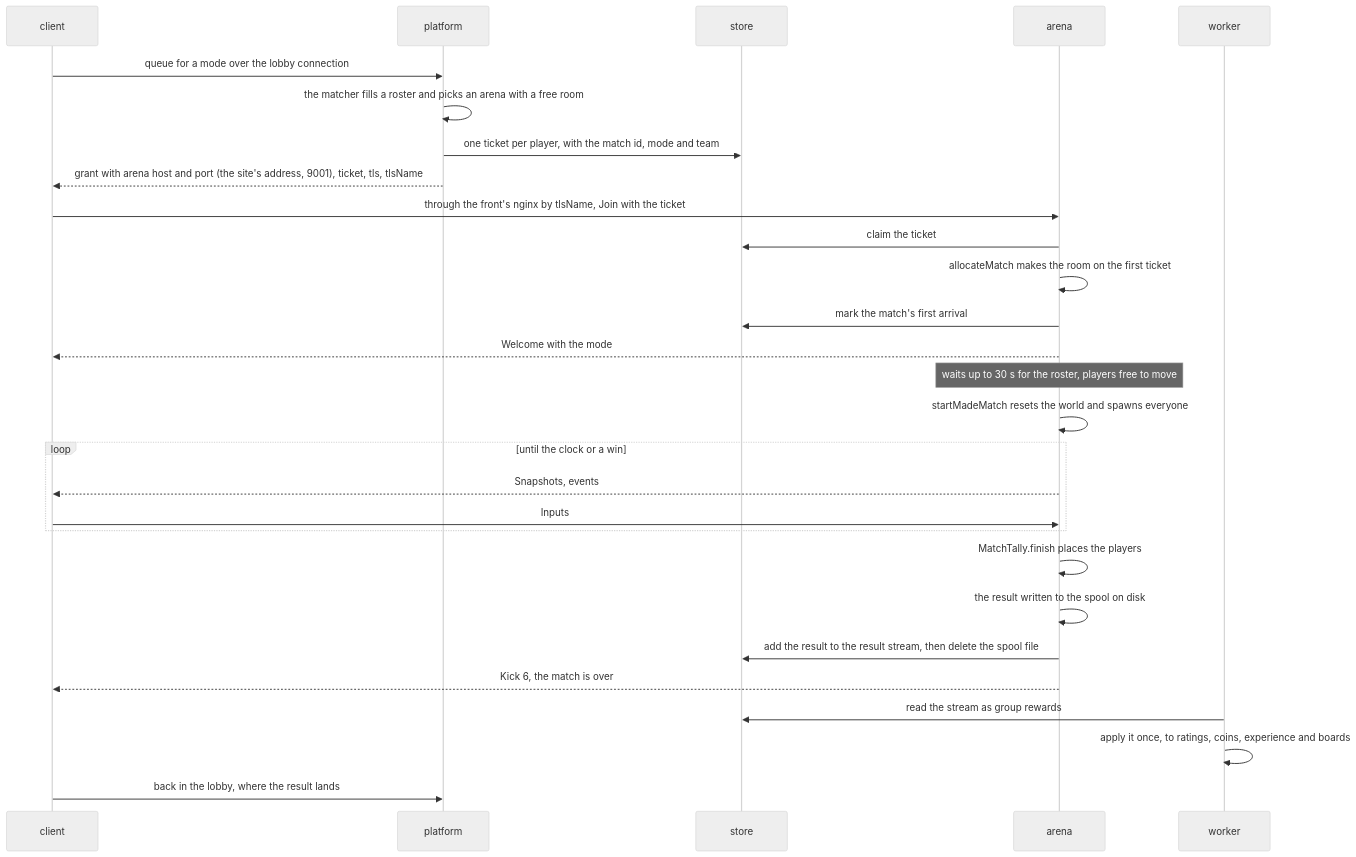
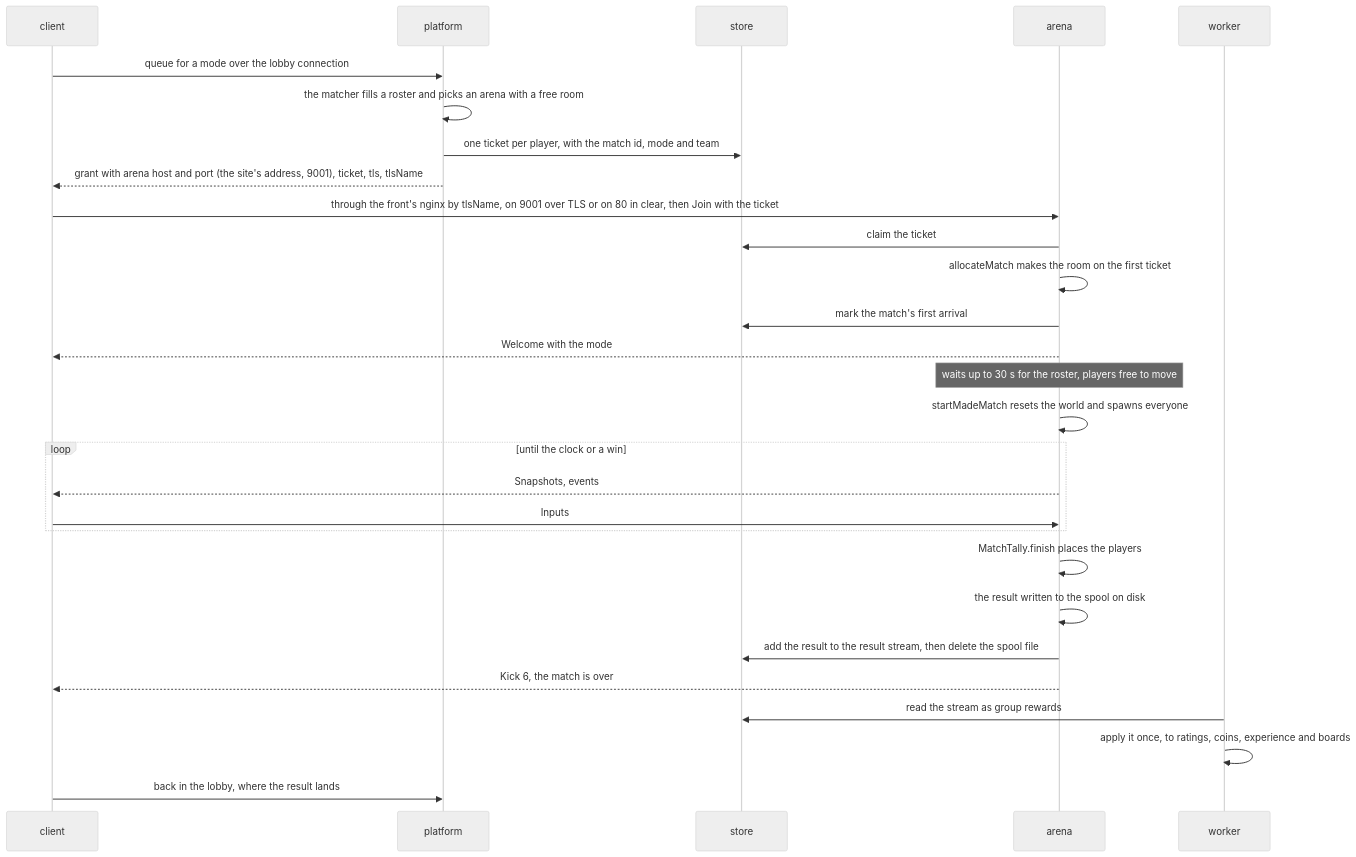
Before and after one commit to greensoft-atom/depio-simulation-platform: the seventh of 8 diagrams in docs/diagrams/02-arena-and-wire.md, drawn with Mermaid (neutral theme). The commit also changed other lines of this file and 121 other files, not shown here.

````diff
--- a/docs/diagrams/02-arena-and-wire.md
+++ b/docs/diagrams/02-arena-and-wire.md
@@ -235,30 +268,30 @@
 ```mermaid
 sequenceDiagram
     participant C as client
     participant P as platform
     participant S as store
     participant A as arena
     participant W as worker
     C->>P: queue for a mode over the lobby connection
     P->>P: the matcher fills a roster and picks an arena with a free room
     P->>S: one ticket per player, with the match id, mode and team
     P-->>C: grant with arena host and port (the site's address, 9001), ticket, tls, tlsName
-    C->>A: through the front's nginx by tlsName, Join with the ticket
+    C->>A: through the front's nginx by tlsName, on 9001 over TLS or on 80 in clear, then Join with the ticket
     A->>S: claim the ticket
     A->>A: allocateMatch makes the room on the first ticket
     A->>S: mark the match's first arrival
     A-->>C: Welcome with the mode
     Note over A: waits up to 30 s for the roster, players free to move
     A->>A: startMadeMatch resets the world and spawns everyone
     loop until the clock or a win
         A-->>C: Snapshots, events
         C->>A: Inputs
     end
     A->>A: MatchTally.finish places the players
     A->>A: the result written to the spool on disk
     A->>S: add the result to the result stream, then delete the spool file
     A-->>C: Kick 6, the match is over
     W->>S: read the stream as group rewards
     W->>W: apply it once, to ratings, coins, experience and boards
     C->>P: back in the lobby, where the result lands
 ```
````
